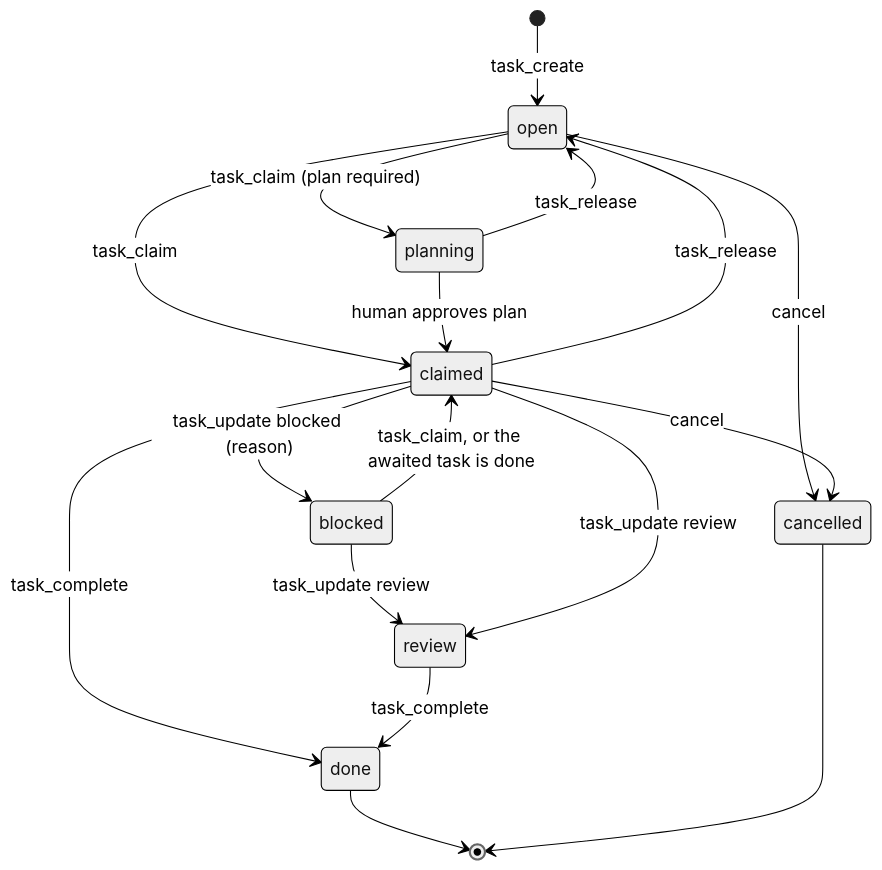
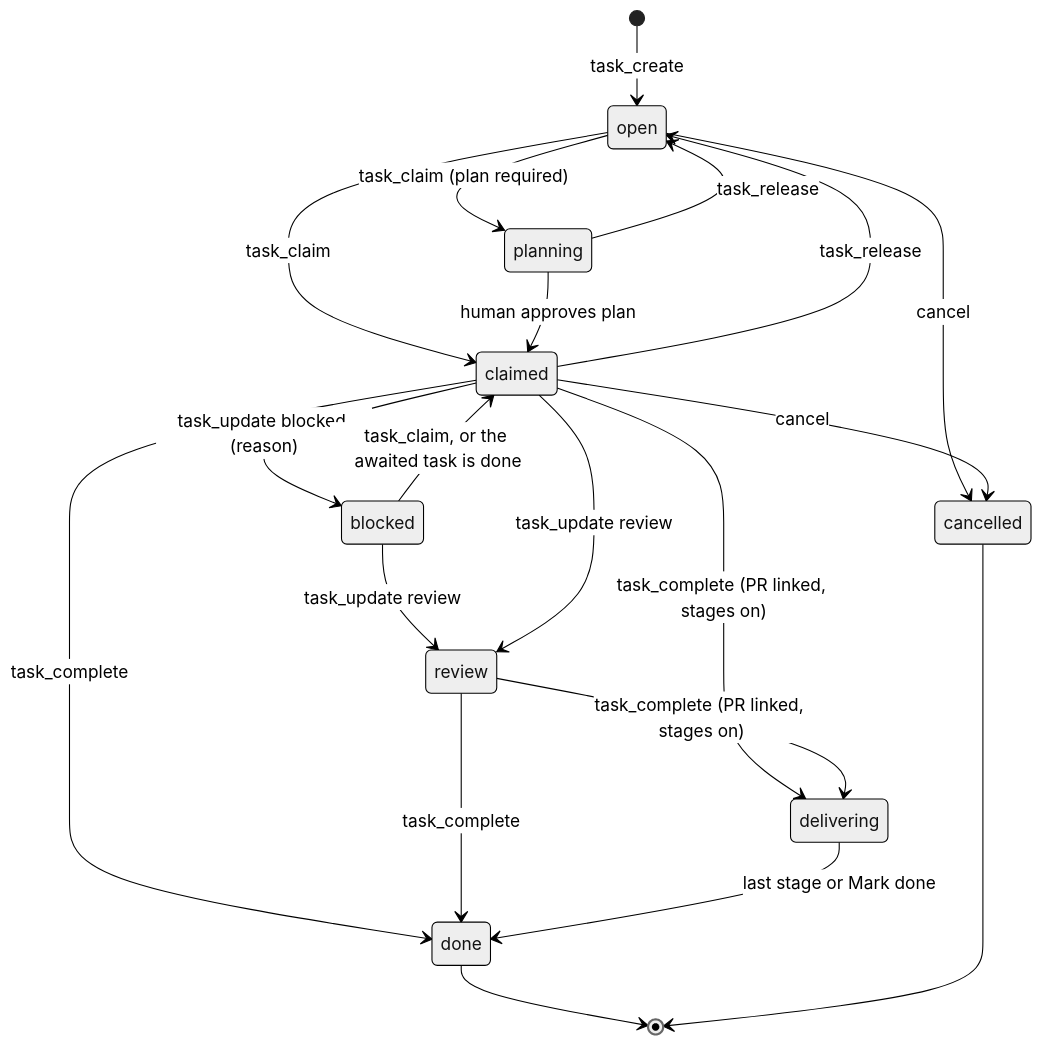
Before and after one commit to ReyemTech/axle: the first of 2 diagrams in docs/concepts.md, drawn with Mermaid (neutral theme). The commit also changed other lines of this file and 5 other files, not shown here.

````diff
--- a/docs/concepts.md
+++ b/docs/concepts.md
@@ -91,19 +91,22 @@
 ```mermaid
 stateDiagram-v2
     [*] --> open: task_create
     open --> claimed: task_claim
     open --> planning: task_claim (plan required)
     planning --> claimed: human approves plan
     claimed --> blocked: task_update blocked (reason)
     blocked --> review: task_update review
     blocked --> claimed: task_claim, or the awaited task is done
     claimed --> review: task_update review
     claimed --> done: task_complete
     review --> done: task_complete
+    claimed --> delivering: task_complete (PR linked, stages on)
+    review --> delivering: task_complete (PR linked, stages on)
+    delivering --> done: last stage or Mark done
     claimed --> open: task_release
     planning --> open: task_release
     open --> cancelled: cancel
     claimed --> cancelled: cancel
     done --> [*]
     cancelled --> [*]
 ```
````
